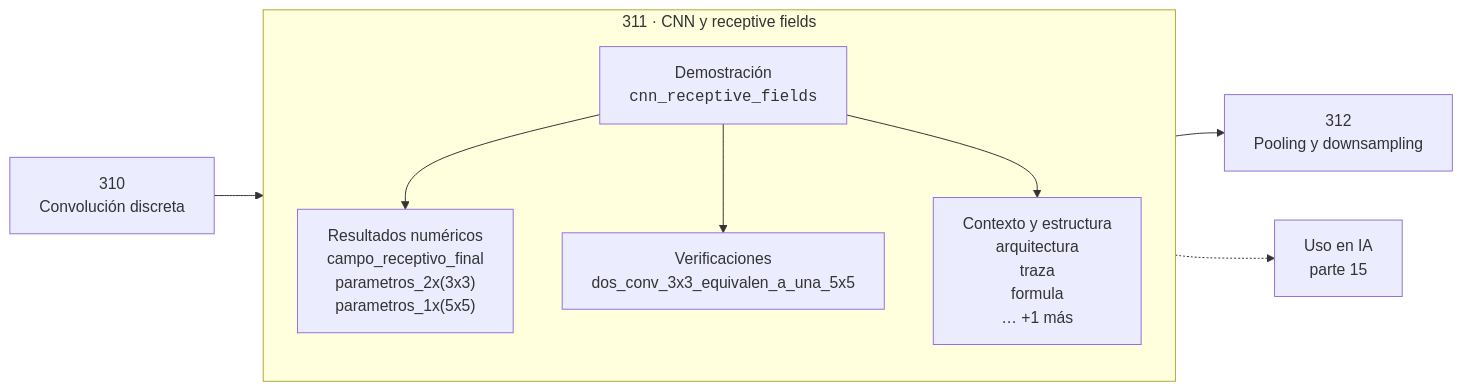
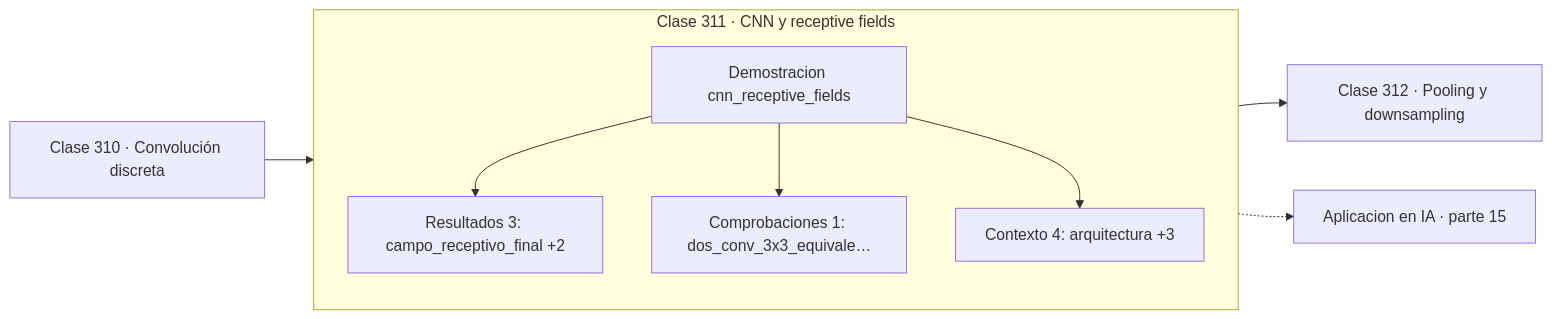
The diagram in classes/part-15-matematica-de-deep-learning/311-cnn-y-receptive-fields/README.md (vladimiracunadev-create/computational-mathematics-program), drawn with Mermaid before and after one commit. The commit also changed 389 other files, not shown here.

First line of the commit message:
fix(diagramas): elimina el HTML de las etiquetas Mermaid

````diff
--- a/classes/part-15-matematica-de-deep-learning/311-cnn-y-receptive-fields/README.md
+++ b/classes/part-15-matematica-de-deep-learning/311-cnn-y-receptive-fields/README.md
@@ -30,12 +30,13 @@
 ```mermaid
 flowchart LR
-    P["310<br/>Convolución discreta"] --> C
-    subgraph C["311 · CNN y receptive fields"]
+    P["Clase 310 · Convolución discreta"] --> D
+    subgraph CLASE["Clase 311 · CNN y receptive fields"]
         direction TB
-        D["Demostración<br/><code>cnn_receptive_fields</code>"] --> R["Resultados numéricos<br/>campo_receptivo_final<br/>parametros_2x(3x3)<br/>parametros_1x(5x5)"]
-        D --> V["Verificaciones<br/>dos_conv_3x3_equivalen_a_una_5x5"]
-        D --> O["Contexto y estructura<br/>arquitectura<br/>traza<br/>formula<br/>… +1 más"]
+        D["Demostracion cnn_receptive_fields"]
+        D --> R["Resultados 3: campo_receptivo_final +2"]
+        D --> V["Comprobaciones 1: dos_conv_3x3_equivale…"]
+        D --> O["Contexto 4: arquitectura +3"]
     end
-    C --> N["312<br/>Pooling y downsampling"]
-    C -.-> IA["Uso en IA<br/>parte 15"]
+    R --> N["Clase 312 · Pooling y downsampling"]
+    V -.-> IA["Aplicacion en IA · parte 15"]
 ```
````
